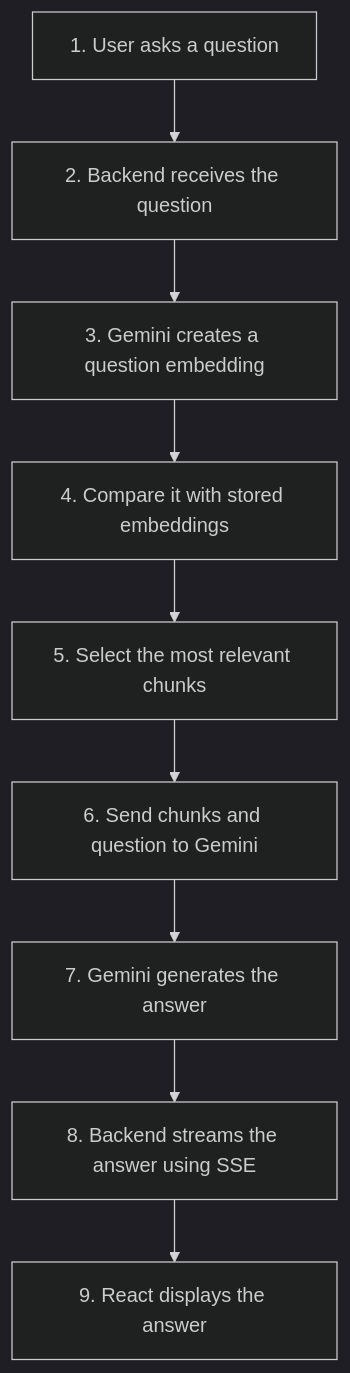
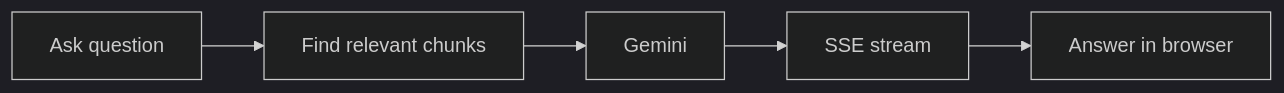
The second of 2 diagrams in README.md (Dilip-Git18/FileMind), drawn with Mermaid (dark theme) before and after one commit. The commit also changed other lines of this file, not shown here.

````diff
--- a/README.md
+++ b/README.md
@@ -44,11 +41,7 @@
 ```mermaid
-flowchart TD
-    A[1. User asks a question] --> B[2. Backend receives the question]
-    B --> C[3. Gemini creates a question embedding]
-    C --> D[4. Compare it with stored embeddings]
-    D --> E[5. Select the most relevant chunks]
-    E --> F[6. Send chunks and question to Gemini]
-    F --> G[7. Gemini generates the answer]
-    G --> H[8. Backend streams the answer using SSE]
-    H --> I[9. React displays the answer]
+flowchart LR
+    A[Ask question] --> B[Find relevant chunks]
+    B --> C[Gemini]
+    C --> D[SSE stream]
+    D --> E[Answer in browser]
 ```
````
